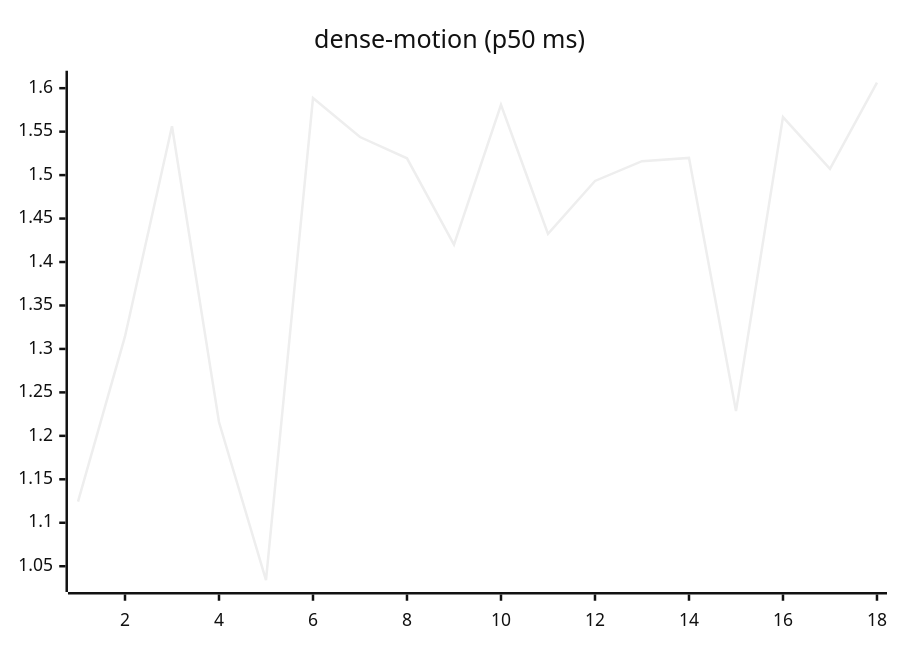
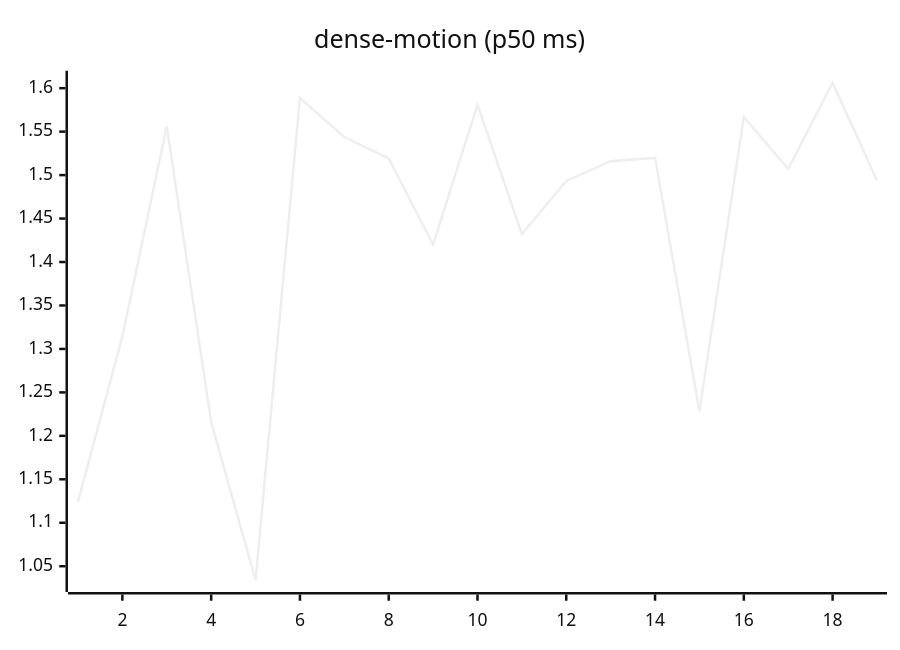
Before and after one commit to josha/Facet: the ninth of 27 diagrams in README.md, drawn with Mermaid (neutral theme). The commit also changed other lines of this file and 2 other files, not shown here.

````diff
--- a/README.md
+++ b/README.md
@@ -119,6 +119,6 @@
 ```mermaid
 xychart-beta
     title "dense-motion (p50 ms)"
-    x-axis 1 --> 18
-    line [1.1243, 1.3144, 1.5562, 1.2159, 1.0340, 1.5887, 1.5438, 1.5193, 1.4201, 1.5809, 1.4323, 1.4933, 1.5160, 1.5198, 1.2285, 1.5668, 1.5073, 1.6064]
+    x-axis 1 --> 19
+    line [1.1243, 1.3144, 1.5562, 1.2159, 1.0340, 1.5887, 1.5438, 1.5193, 1.4201, 1.5809, 1.4323, 1.4933, 1.5160, 1.5198, 1.2285, 1.5668, 1.5073, 1.6064, 1.4938]
 ```
````
